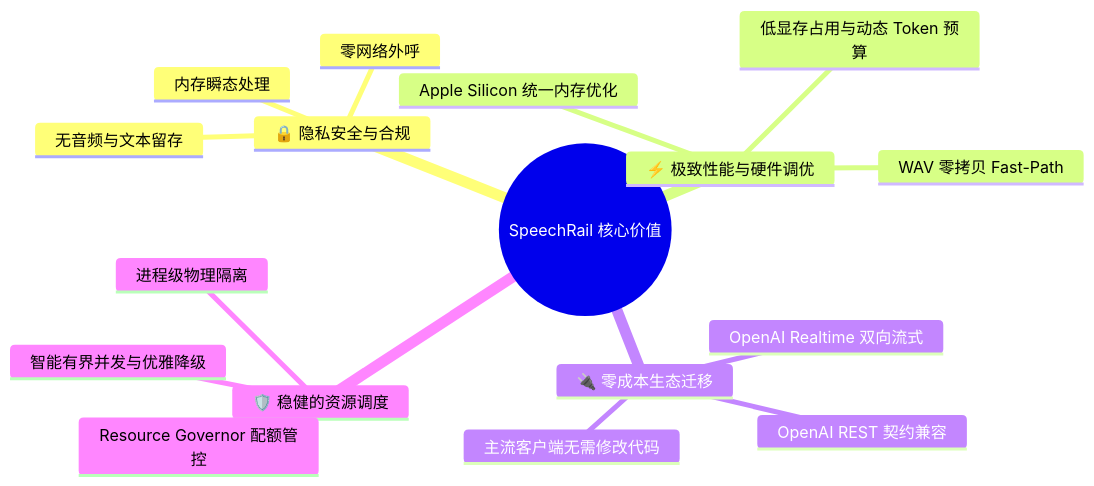
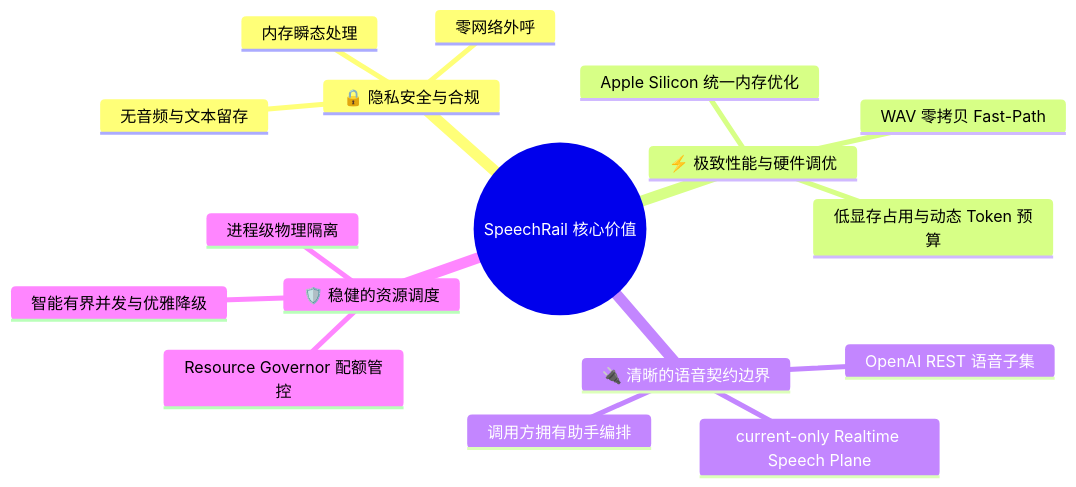
Before and after one commit to hrygo/SpeechRail: the first of 4 diagrams in docs/product/overview.md, drawn with Mermaid. The commit also changed other lines of this file and 81 other files, not shown here.

Commit message:
feat: release stateless speech plane contract

````diff
--- a/docs/product/overview.md
+++ b/docs/product/overview.md
@@ -26,20 +26,20 @@
 ```mermaid
 mindmap
   root((SpeechRail 核心价值))
     🔒 隐私安全与合规
       零网络外呼
       内存瞬态处理
       无音频与文本留存
     ⚡ 极致性能与硬件调优
       Apple Silicon 统一内存优化
       WAV 零拷贝 Fast-Path
       低显存占用与动态 Token 预算
-    🔌 零成本生态迁移
-      OpenAI REST 契约兼容
-      OpenAI Realtime 双向流式
-      主流客户端无需修改代码
+    🔌 清晰的语音契约边界
+      OpenAI REST 语音子集
+      current-only Realtime Speech Plane
+      调用方拥有助手编排
     🛡️ 稳健的资源调度
       进程级物理隔离
       Resource Governor 配额管控
       智能有界并发与优雅降级
 ```
````
